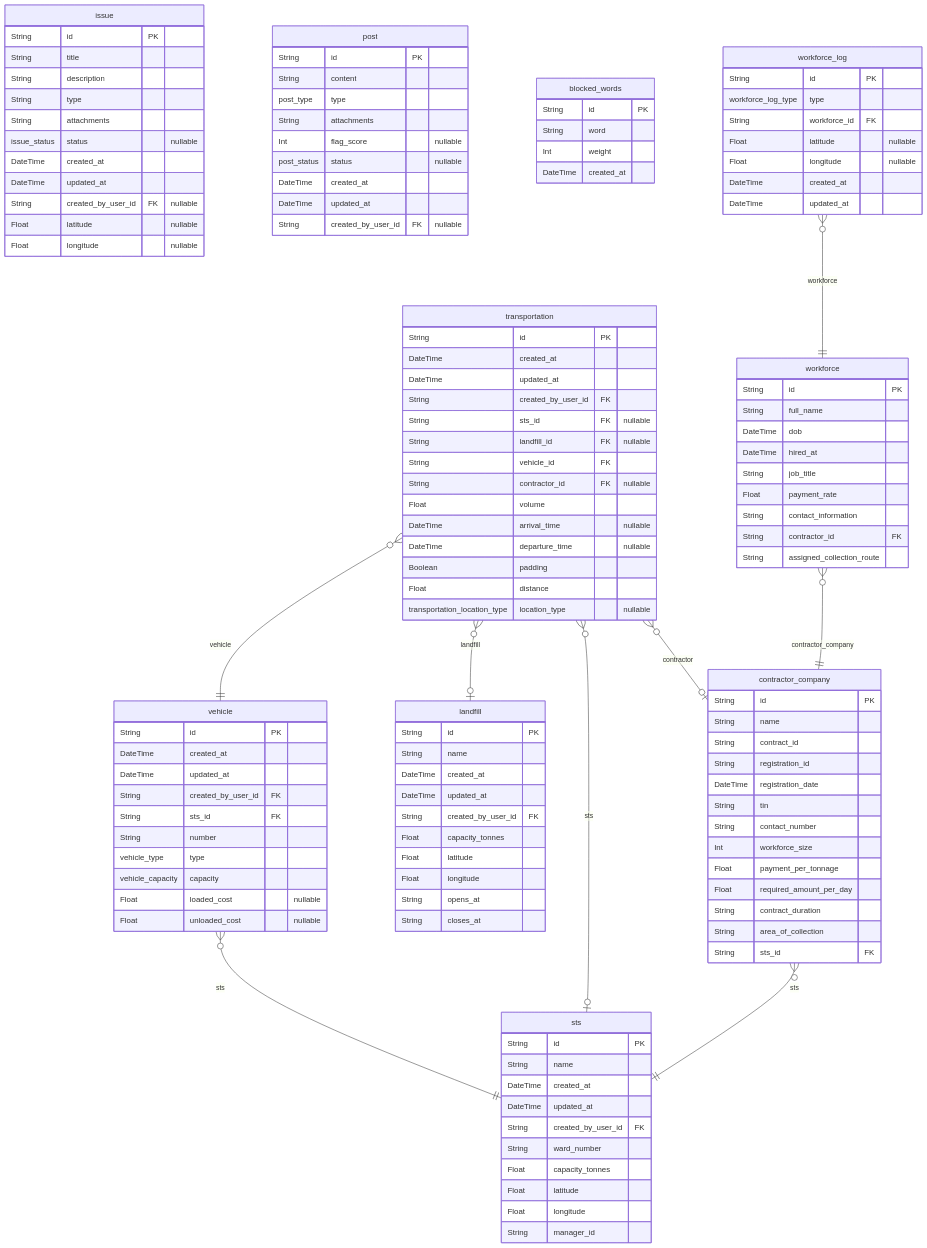
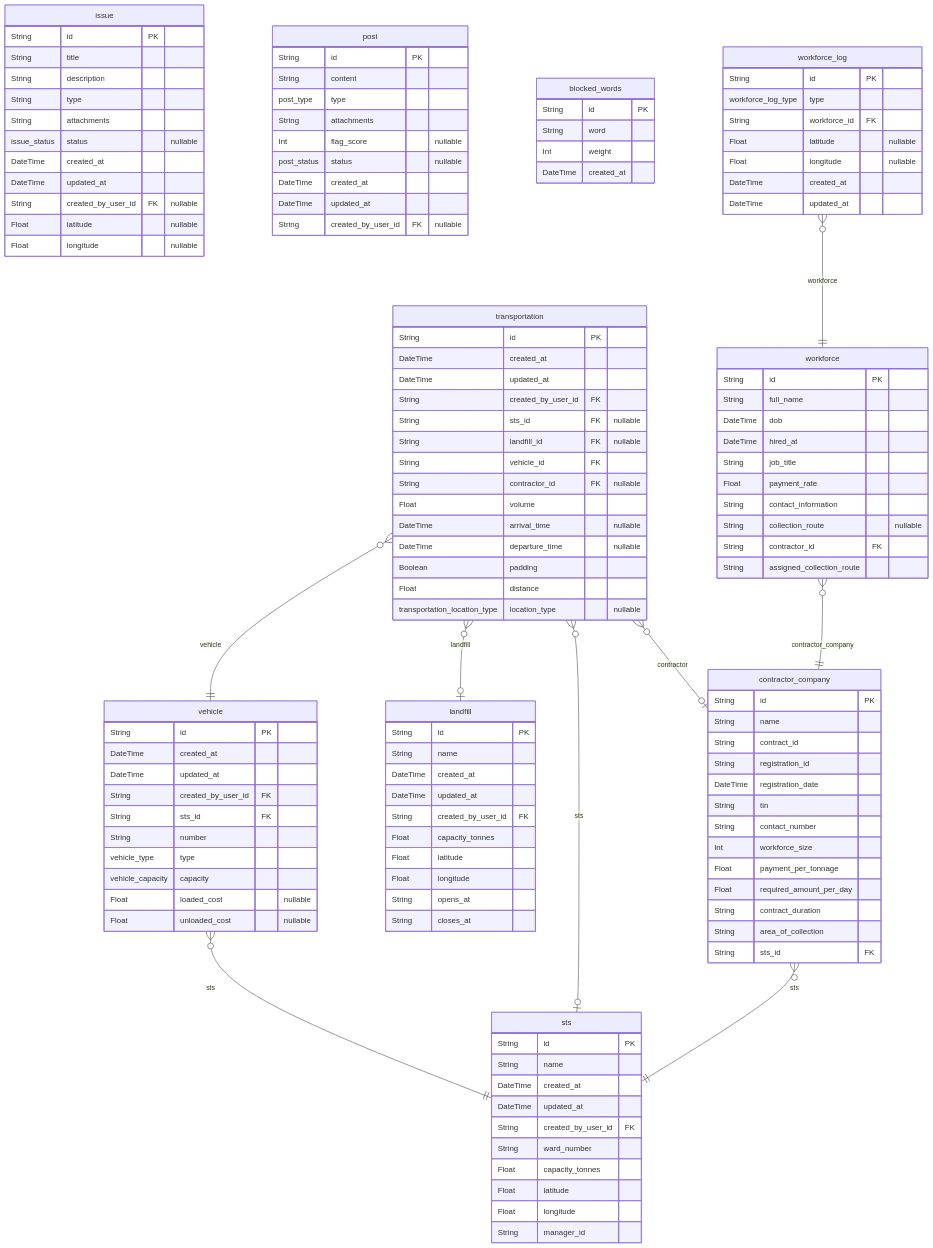
The third of 3 diagrams in packages/db/README.md (nurulhudaapon/codesamurai-final), drawn with Mermaid before and after one commit. The commit also changed other lines of this file and 7 other files, not shown here.

```diff
--- a/packages/db/README.md
+++ b/packages/db/README.md
@@ -229,6 +229,7 @@
   String job_title
   Float payment_rate
   String contact_information
+  String collection_route "nullable"
   String contractor_id FK
   String assigned_collection_route
 }
```
